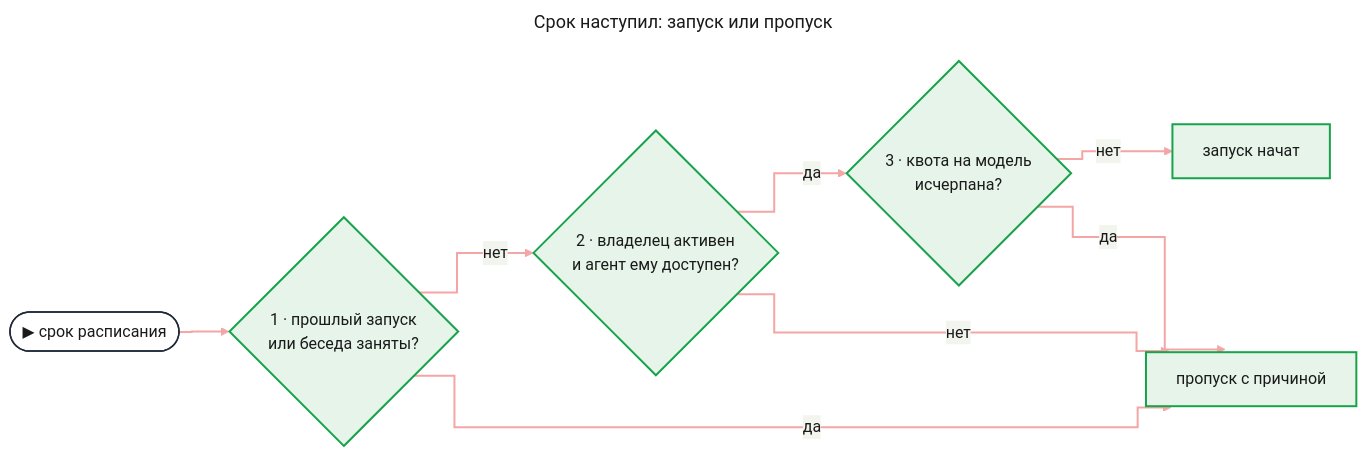
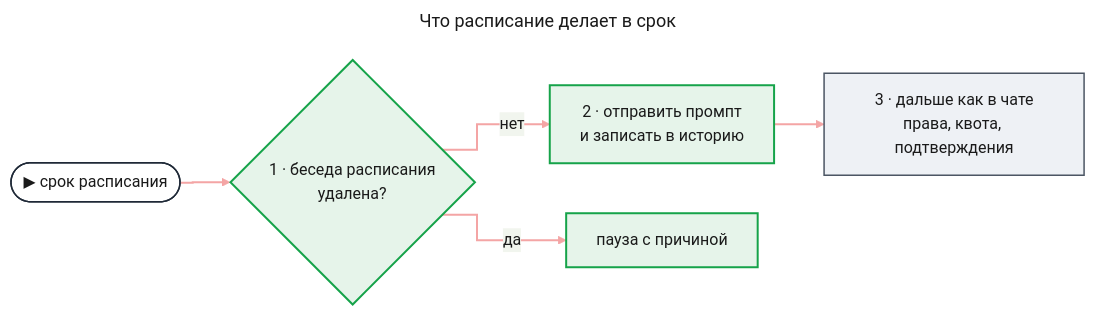
One commit to tundraray/agent-os changed the second of 5 diagrams in docs/features/schedules-search-memory/prd.md. Above: the diagram before and after it, drawn with Mermaid. The commit also changed other lines of this file and 10 other files, not shown here.

````diff
--- a/docs/features/schedules-search-memory/prd.md
+++ b/docs/features/schedules-search-memory/prd.md
@@ -105,49 +104,41 @@
 ```mermaid
 ---
-title: "Срок наступил: запуск или пропуск"
+title: "Что расписание делает в срок"
 config:
   theme: base
   look: classic
   themeVariables:
     primaryColor: "#eef1f5"
     primaryBorderColor: "#4b5563"
     primaryTextColor: "#1a1a1a"
     lineColor: "#6b7280"
   flowchart:
     curve: step
   themeCSS: |
-    @keyframes lit_due{0%,12.86%{stroke:#991b1b;stroke-width:6px}14.29%,100%{stroke:#f4a5a5;stroke-width:2px}}
+    @keyframes lit_due{0%,22.5%{stroke:#991b1b;stroke-width:6px}25%,100%{stroke:#f4a5a5;stroke-width:2px}}
 ---
 flowchart LR
     entry(["▶ срок расписания"])
-    busy{"1 · прошлый запуск<br/>или беседа заняты?"}
-    rights{"2 · владелец активен<br/>и агент ему доступен?"}
-    quota{"3 · квота на модель<br/>исчерпана?"}
-    start["запуск начат"]
-    skip["пропуск с причиной"]
-    entry e1@--> busy
-    busy e2@-->|"нет"| rights
-    rights e3@-->|"да"| quota
-    quota e4@-->|"нет"| start
-    busy e5@-->|"да"| skip
-    rights e6@-->|"нет"| skip
-    quota e7@-->|"да"| skip
+    gone{"1 · беседа расписания<br/>удалена?"}
+    send["2 · отправить промпт<br/>и записать в историю"]
+    chat["3 · дальше как в чате<br/>права, квота, подтверждения"]
+    pause["пауза с причиной"]
+    entry e1@--> gone
+    gone e2@-->|"нет"| send
+    send e3@--> chat
+    gone e4@-->|"да"| pause
     classDef entry fill:#ffffff,stroke:#1f2937,stroke-width:1.5px,color:#1a1a1a
     classDef new fill:#e6f4ea,stroke:#16a34a,stroke-width:2px,color:#1a1a1a
-    classDef w1 stroke:#f4a5a5,stroke-width:2px,animation:lit_due 8.4s linear 0s infinite
-    classDef w2 stroke:#f4a5a5,stroke-width:2px,animation:lit_due 8.4s linear 1.2s infinite
-    classDef w3 stroke:#f4a5a5,stroke-width:2px,animation:lit_due 8.4s linear 2.4s infinite
-    classDef w4 stroke:#f4a5a5,stroke-width:2px,animation:lit_due 8.4s linear 3.6s infinite
-    classDef w5 stroke:#f4a5a5,stroke-width:2px,animation:lit_due 8.4s linear 4.8s infinite
-    classDef w6 stroke:#f4a5a5,stroke-width:2px,animation:lit_due 8.4s linear 6s infinite
-    classDef w7 stroke:#f4a5a5,stroke-width:2px,animation:lit_due 8.4s linear 7.2s infinite
+    classDef unchanged fill:#eef1f5,stroke:#4b5563,stroke-width:1.5px,color:#1a1a1a
+    classDef w1 stroke:#f4a5a5,stroke-width:2px,animation:lit_due 4.8s linear 0s infinite
+    classDef w2 stroke:#f4a5a5,stroke-width:2px,animation:lit_due 4.8s linear 1.2s infinite
+    classDef w3 stroke:#f4a5a5,stroke-width:2px,animation:lit_due 4.8s linear 2.4s infinite
+    classDef w4 stroke:#f4a5a5,stroke-width:2px,animation:lit_due 4.8s linear 3.6s infinite
     class entry entry
-    class busy,rights,quota,start,skip new
+    class gone,send,pause new
+    class chat unchanged
     class e1 w1
     class e2 w2
     class e3 w3
     class e4 w4
-    class e5 w5
-    class e6 w6
-    class e7 w7
 ```
````
